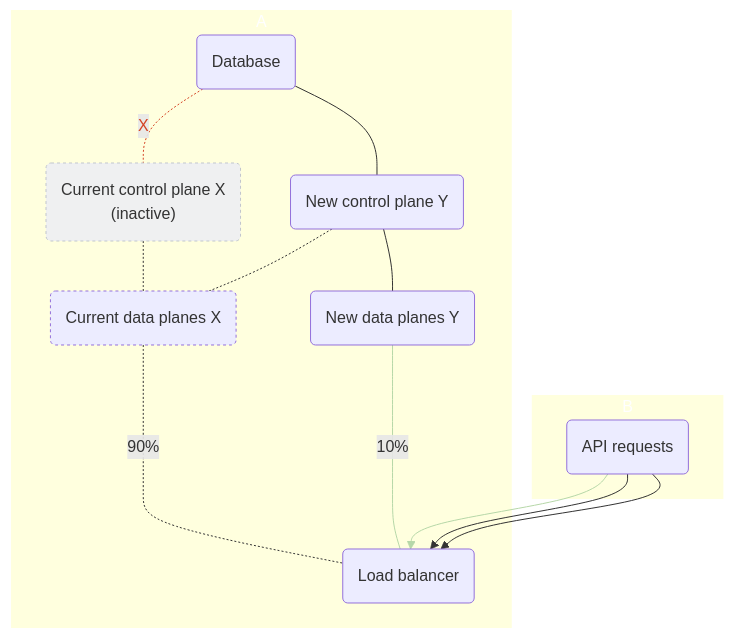
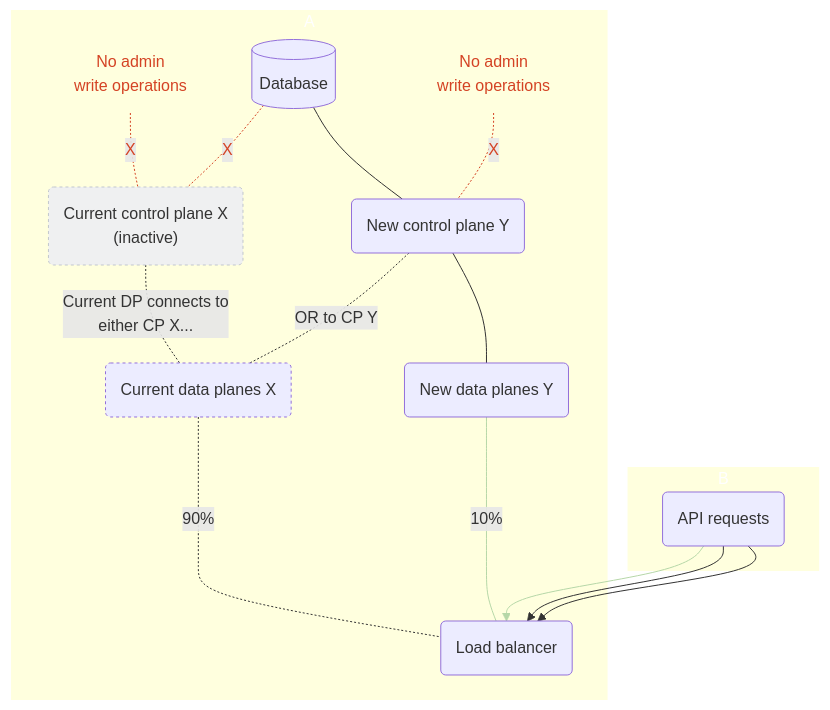
The fourth of 4 diagrams in app/_includes/md/gateway/hybrid-upgrade.md (Kong/docs.konghq.com), drawn with Mermaid before and after one commit. The commit also changed other lines of this file and 1 other file, not shown here.

Commit message:
add some missing elements to diagrams

```diff
--- a/app/_includes/md/gateway/hybrid-upgrade.md
+++ b/app/_includes/md/gateway/hybrid-upgrade.md
@@ -143,28 +151,34 @@
 {% mermaid %}
 flowchart 
-    DBA(Database)
+    DBA[(Database)]
     CPX(Current control plane X \n #40;inactive#41;)
     CPY(New control plane Y)
     DPX(Current data planes X)
     DPY(New data planes Y)
     API(API requests)
     LB(Load balancer)
+    Admin(No admin \n write operations)
+    Admin2(No admin \n write operations)
 
     subgraph A
+        Admin -.X.- CPX
         DBA -.X.- CPX
         DBA --- CPY
-        CPX -.- DPX
-        CPY -.- DPX -.90%..- LB
-        CPY --- DPY --10%---- LB
+        CPX -."Current DP connects to \neither CP X...".- DPX
+        Admin2 -.X.- CPY
+        CPY -."OR to CP Y".- DPX -.90%..- LB
+        CPY --- DPY --10%---- LB 
     end
     subgraph B
         API --> LB & LB & LB
     end
 
-    linkStyle 0 stroke:#d44324,color:#d44324
-    linkStyle 6,7 stroke:#b6d7a8
+    linkStyle 0,1,4 stroke:#d44324,color:#d44324
+    linkStyle 8,9 stroke:#b6d7a8
     style CPX stroke-dasharray:3,fill:#eff0f1ff,stroke:#c1c6cdff
     style DPX stroke-dasharray:3
     style A stroke:none,color:#fff
     style B stroke:none,color:#fff
+    style Admin fill:none,stroke:none,color:#d44324
+    style Admin2 fill:none,stroke:none,color:#d44324
 {% endmermaid %}
```
